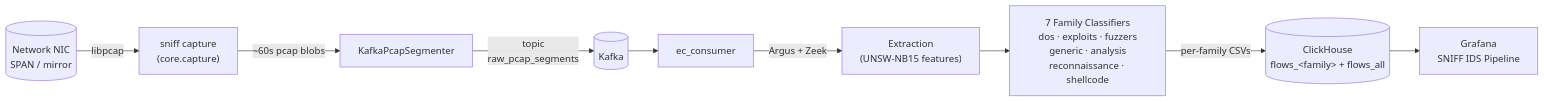
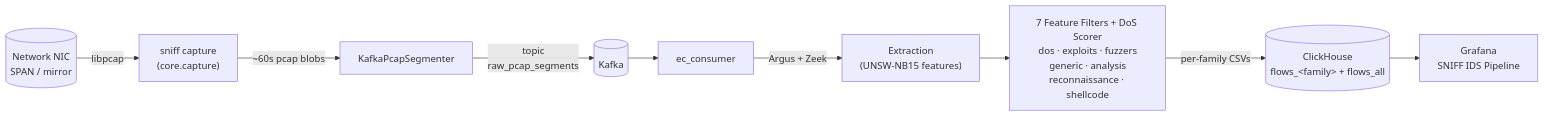
The diagram in README.md (ntu168108/realtime-packet-sniff), drawn with Mermaid before and after one commit. The commit also changed other lines of this file and 7 other files, not shown here.

````diff
--- a/README.md
+++ b/README.md
@@ -24,12 +24,12 @@
 ```mermaid
 flowchart LR
     NIC[("Network NIC<br/>SPAN / mirror")]
     NIC -->|"libpcap"| SNIFF["sniff capture<br/>(core.capture)"]
     SNIFF -->|"~60s pcap blobs"| SEG["KafkaPcapSegmenter"]
     SEG -->|"topic<br/>raw_pcap_segments"| KAFKA[(Kafka)]
     KAFKA --> EC["ec_consumer"]
     EC -->|"Argus + Zeek"| EX["Extraction<br/>(UNSW-NB15 features)"]
-    EX --> CL["7 Family Classifiers<br/>dos · exploits · fuzzers<br/>generic · analysis<br/>reconnaissance · shellcode"]
+    EX --> CL["7 Feature Filters + DoS Scorer<br/>dos · exploits · fuzzers<br/>generic · analysis<br/>reconnaissance · shellcode"]
     CL -->|"per-family CSVs"| CH[(ClickHouse<br/>flows_&lt;family&gt; + flows_all)]
     CH --> GRAF[Grafana<br/>SNIFF IDS Pipeline]
 ```
````
